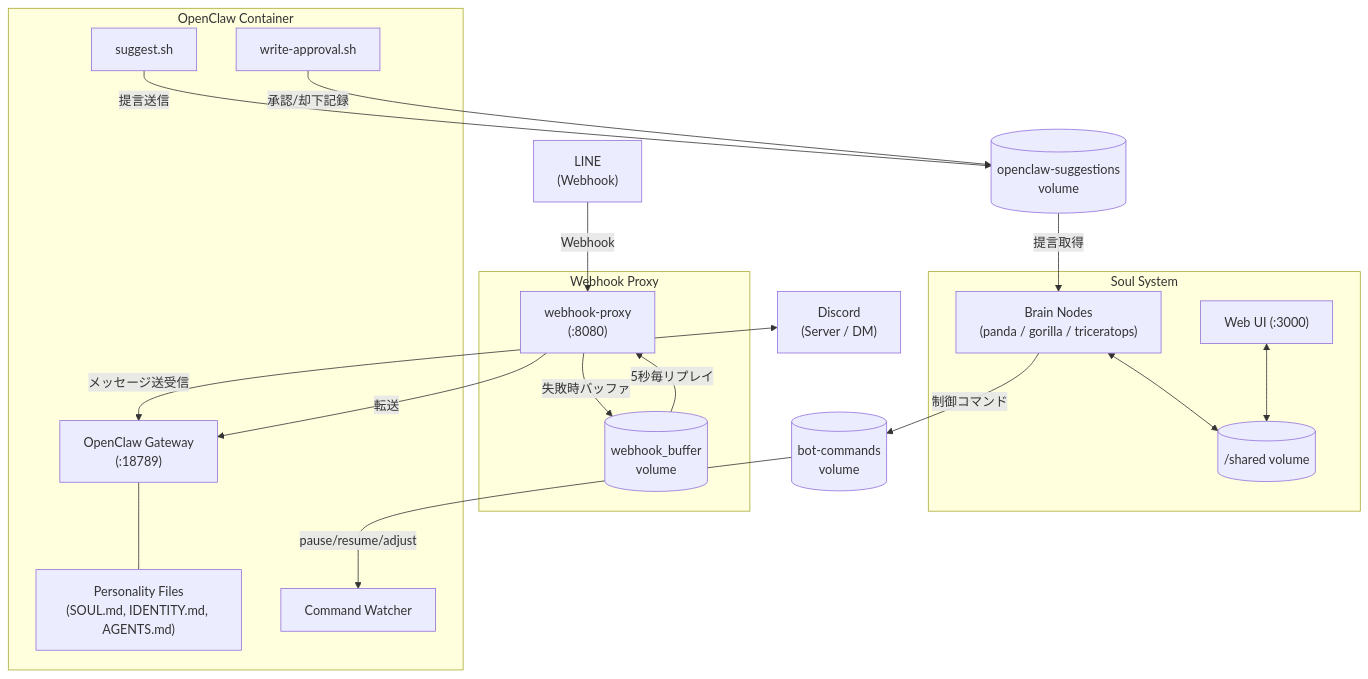
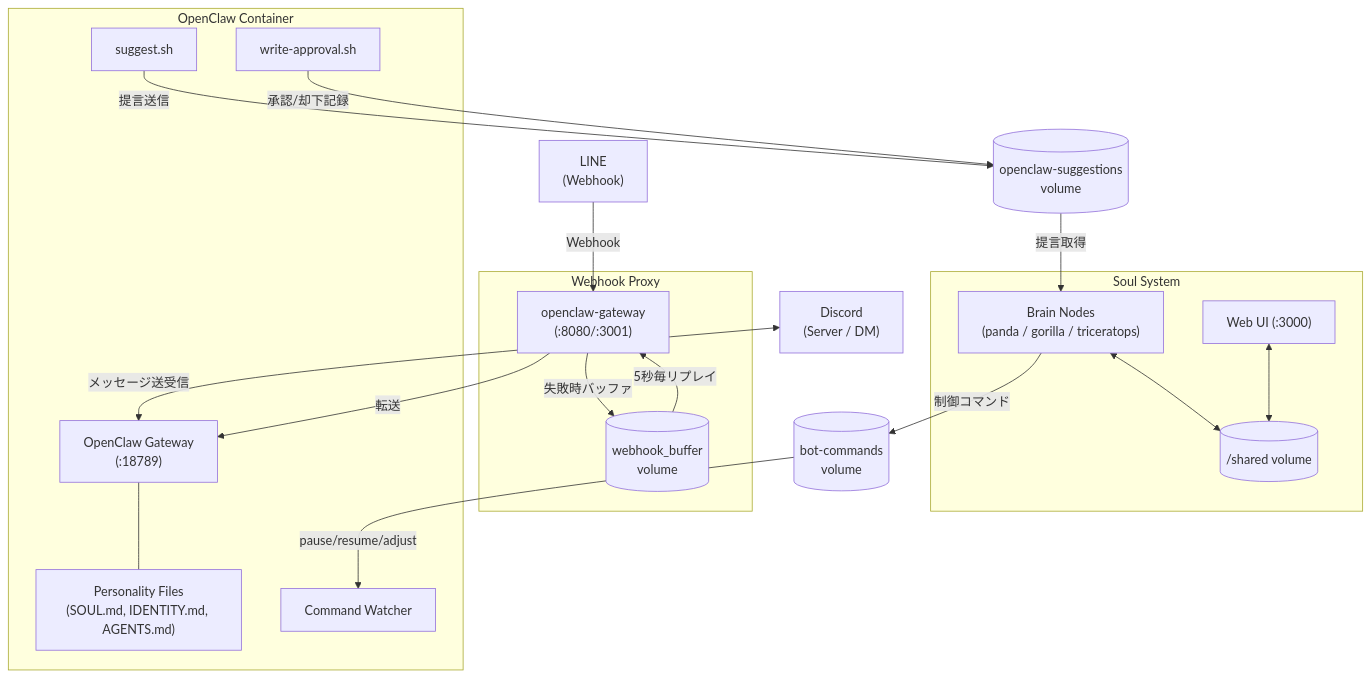
One commit to tamemasa/soul changed the diagram in README.md. Above: the diagram before and after it, drawn with Mermaid. The commit also changed other lines of this file and 14 other files, not shown here.

````diff
--- a/README.md
+++ b/README.md
@@ -99,38 +99,38 @@
 ```mermaid
 graph TB
     subgraph Soul System
         Brain["Brain Nodes<br/>(panda / gorilla / triceratops)"]
         WebUI["Web UI (:3000)"]
         Shared[("/shared volume")]
     end
 
     subgraph Webhook Proxy
-        Proxy["webhook-proxy<br/>(:8080)"]
+        Proxy["openclaw-gateway<br/>(:8080/:3001)"]
         Buffer[("webhook_buffer<br/>volume")]
     end
 
     subgraph OpenClaw Container
         Gateway["OpenClaw Gateway<br/>(:18789)"]
         Watcher["Command Watcher"]
         Suggest["suggest.sh"]
         Approval["write-approval.sh"]
         Personality["Personality Files<br/>(SOUL.md, IDENTITY.md, AGENTS.md)"]
     end
 
     Discord["Discord<br/>(Server / DM)"]
     LINE["LINE<br/>(Webhook)"]
 
     Discord <-->|メッセージ送受信| Gateway
     LINE -->|Webhook| Proxy
     Proxy -->|転送| Gateway
     Proxy -->|失敗時バッファ| Buffer
     Buffer -->|5秒毎リプレイ| Proxy
     Gateway --- Personality
     Brain -->|制御コマンド| BotCmd[("bot-commands<br/>volume")]
     BotCmd -->|pause/resume/adjust| Watcher
     Suggest -->|提言送信| SugVol[("openclaw-suggestions<br/>volume")]
     SugVol -->|提言取得| Brain
     Approval -->|承認/却下記録| SugVol
     Brain <--> Shared
     WebUI <--> Shared
 ```
````
